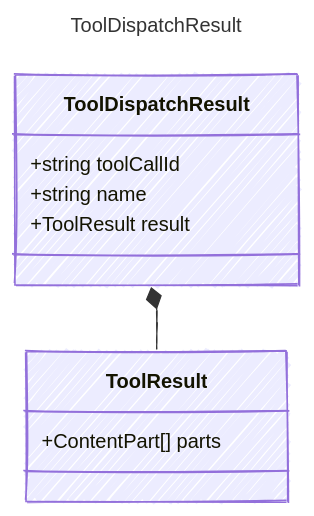
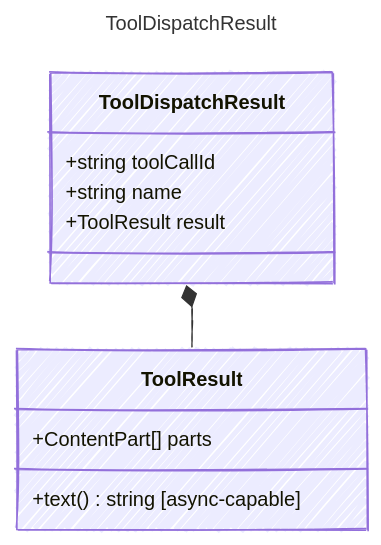
One commit to microsoft/prompty changed the diagram in web/src/content/docs/reference/ToolDispatchResult.md. Above: the diagram before and after it, drawn with Mermaid. The commit also changed 524 other files, not shown here.

````diff
--- a/web/src/content/docs/reference/ToolDispatchResult.md
+++ b/web/src/content/docs/reference/ToolDispatchResult.md
@@ -13,20 +13,21 @@
 ```mermaid
 ---
 title: ToolDispatchResult
 config:
   look: handDrawn
   theme: colorful
   class:
     hideEmptyMembersBox: true
 ---
 classDiagram
     class ToolDispatchResult {
         +string toolCallId
         +string name
         +ToolResult result
     }
     class ToolResult {
         +ContentPart[] parts
+        +text() string [async-capable]
     }
     ToolDispatchResult *-- ToolResult
 ```
````
